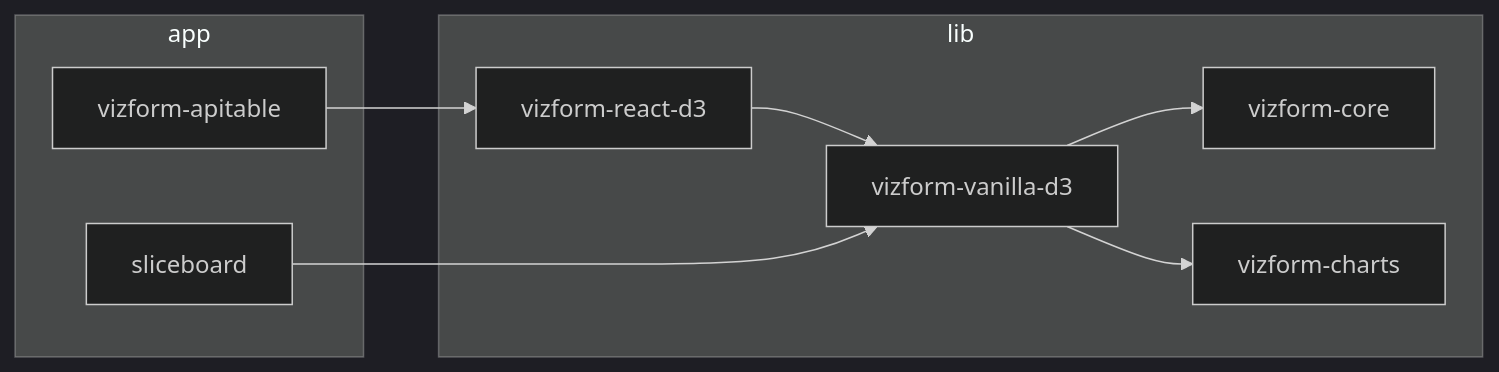
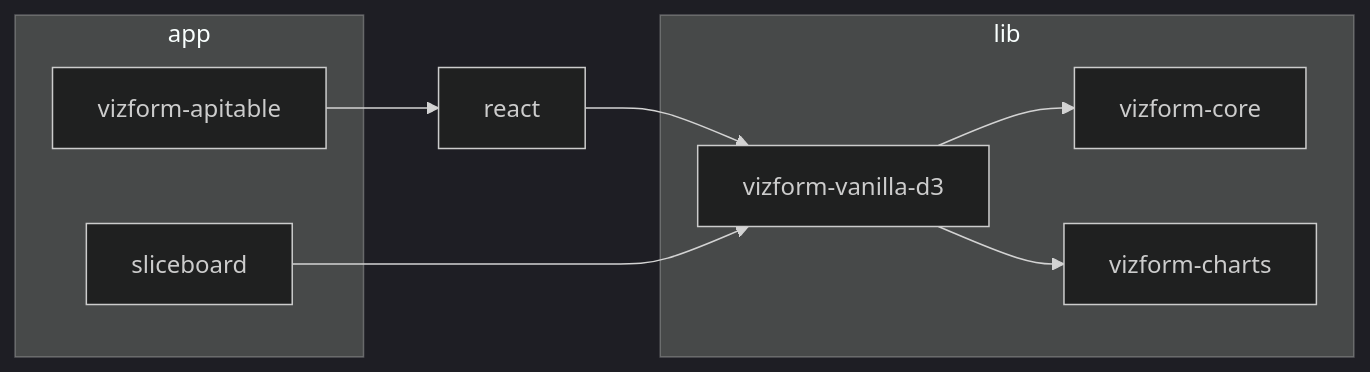
Before and after one commit to WinstonFassett/hotbook: the diagram in README.md, drawn with Mermaid (dark theme). The commit also changed other lines of this file and 21 other files, not shown here.

````diff
--- a/README.md
+++ b/README.md
@@ -9,19 +9,18 @@
 ```mermaid
 graph LR
   subgraph lib["lib"]
     core["vizform-core"]
     charts["vizform-charts"]
     vanilla["vizform-vanilla-d3"]
-    react["vizform-react-d3"]
   end
   subgraph app["app"]
     apitable["vizform-apitable"]
     sliceboard["sliceboard"]
   end
 
   vanilla --> core
   vanilla --> charts
   react --> vanilla
   apitable --> react
   sliceboard --> vanilla
 ```
````
